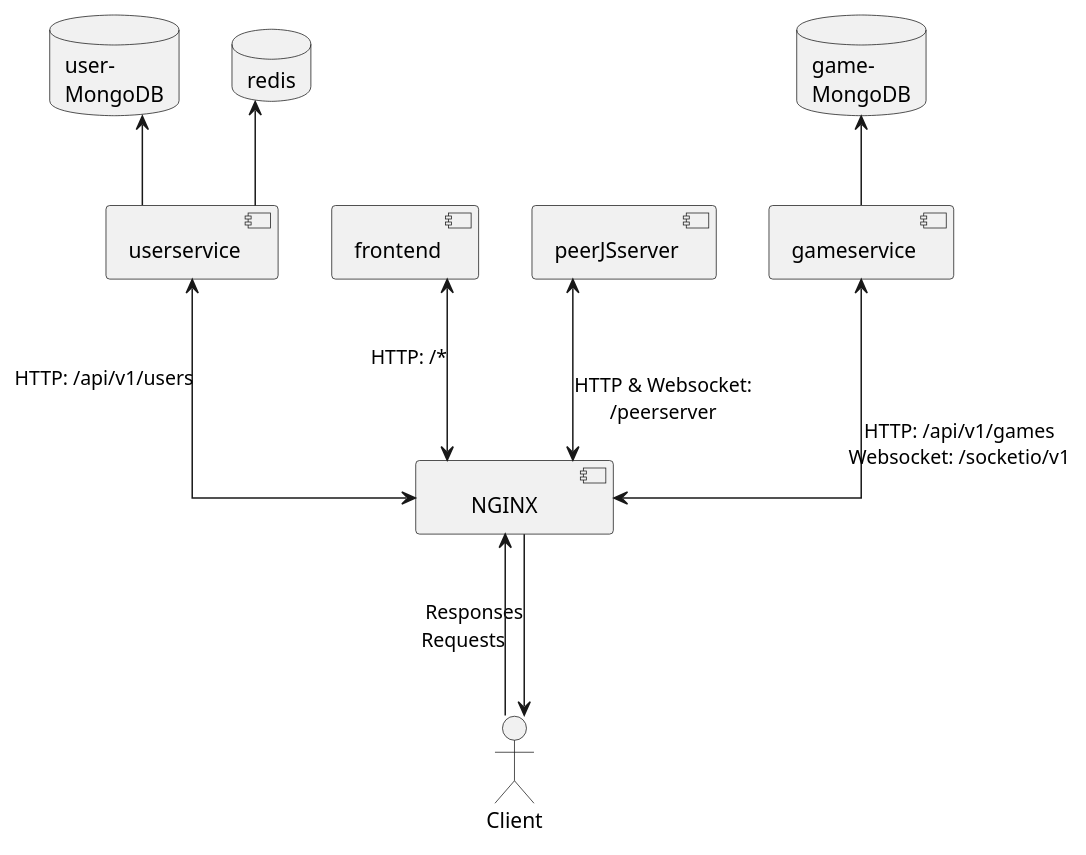
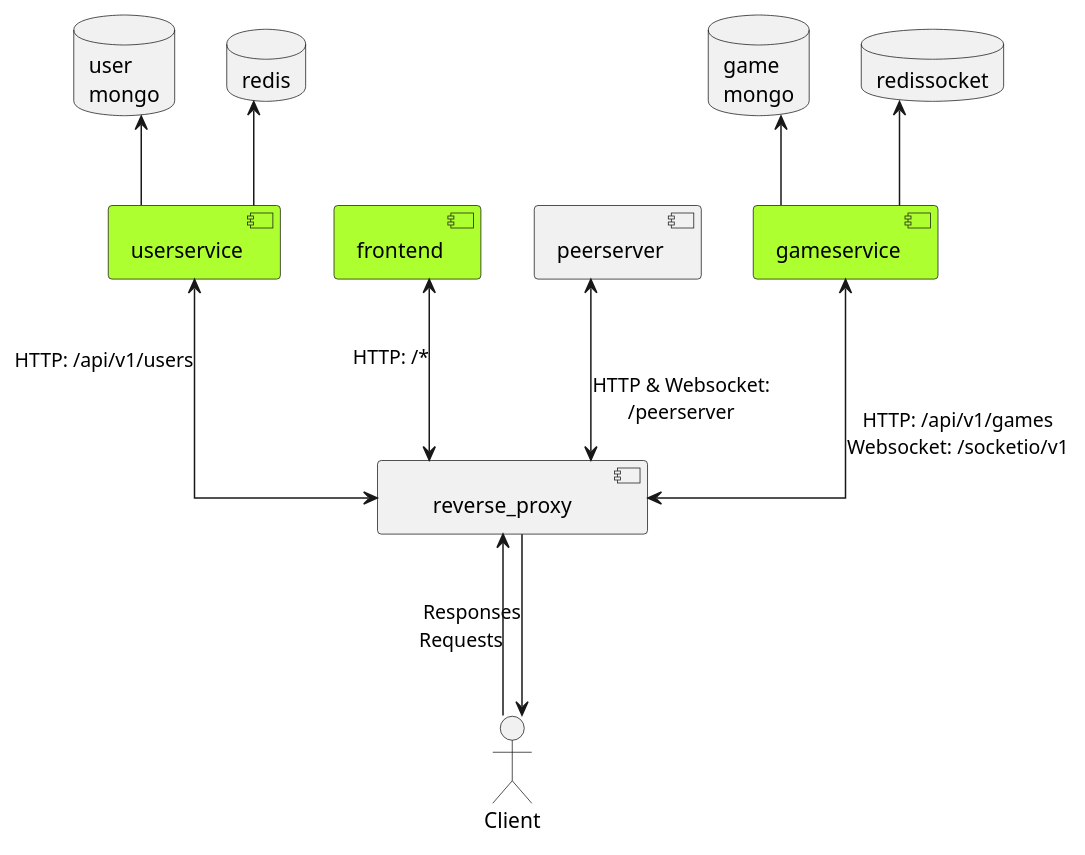
One commit to distributed-bangers/p2p-game changed the diagram in documentation/component_diagram.puml. Above: the diagram before and after it, drawn with PlantUML.

Commit message:
updated component diagram

```diff
--- a/documentation/component_diagram.puml
+++ b/documentation/component_diagram.puml
@@ -1,36 +1,26 @@
 @startuml component
 skinparam linetype ortho
 
-[      NGINX       ] as rp
-[userservice] as us
-[frontend] as fs
-[peerJSserver] as ps
-[gameservice] as gs
-database "user-\nMongoDB" as udb
-database "game-\nMongoDB" as gdb
+[      reverse_proxy       ] as rp
+[userservice] as us #GreenYellow
+[frontend] as fs #GreenYellow
+[peerserver] as ps
+[gameservice] as gs #GreenYellow
+database "user\nmongo" as udb
+database "game\nmongo" as gdb
 database "redis" as redis
+database "redissocket" as redissocket
 actor "Client" as c1
 
 c1 <--- rp: Responses
 rp <--- c1: Requests\n\n\n\n\n\n\n
 
 gs <---> rp: HTTP: /api/v1/games\nWebsocket: /socketio/v1\n
 us <---> rp: HTTP: /api/v1/users\n\n\n\n
 ps <---> rp: HTTP & Websocket:\n/peerserver\n\n\n\n
 fs <---> rp: HTTP: /*
 udb <-- us
 redis <-- us
 gdb <-- gs
-
-
-
-' note left of us
-'     Handles authentication
-' end note
-' note right of gs
-'     Handles lobby logic
-' end note
-' note top of ps
-'     Handles p2p-connections
-' end note
+redissocket <-- gs
 @enduml
```
